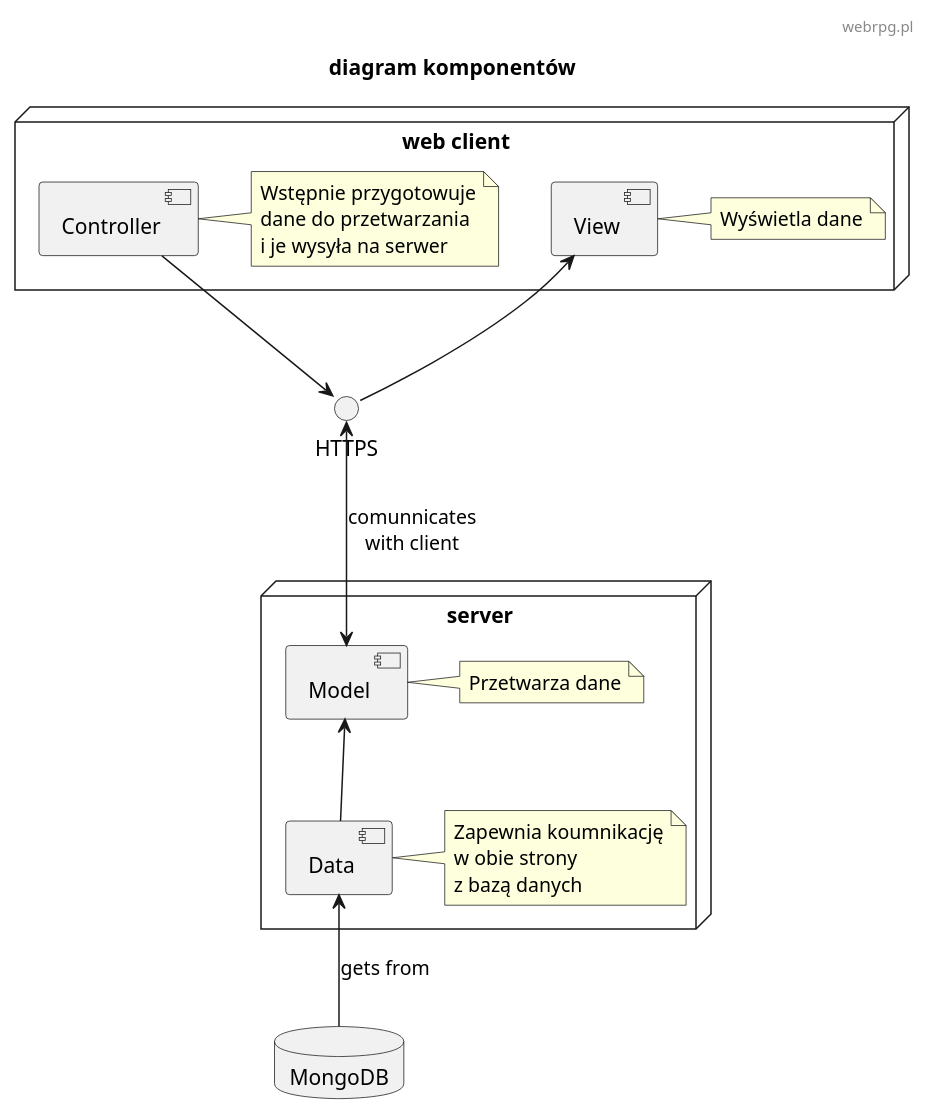
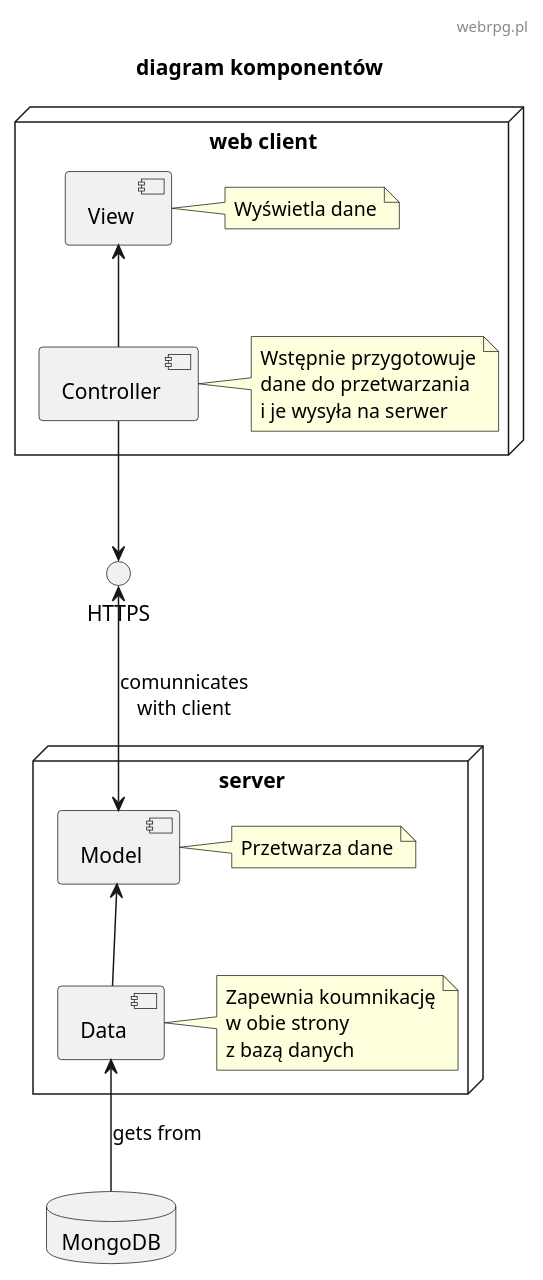
Before and after one commit to TheVivent-Politechnika-Lodzka/io_webrpg: the diagram in diagrams/diagram_komponentów.plantuml, drawn with PlantUML.

Commit message:
jakieś coś

```diff
--- a/diagrams/diagram_komponentów.plantuml
+++ b/diagrams/diagram_komponentów.plantuml
@@ -1,41 +1,42 @@
 @startuml
 header webrpg.pl
 title "diagram komponentów"
 'left to right direction
 
 interface HTTPS
 
 node "web client" {
-    [View] <-- HTTPS
+    '[View] <-- HTTPS
+    [View] <-- [Controller] 
     [Controller] --> HTTPS
     
     note right of [Controller]
         Wstępnie przygotowuje
         dane do przetwarzania
         i je wysyła na serwer
     end note
     note right of [View]
         Wyświetla dane
     end note
 
 
 }
 
 node "server" {
     HTTPS <--> [Model]: "comunnicates\nwith client"
     [Model] <-- [Data]
     note right of [Data]
         Zapewnia koumnikację
         w obie strony
         z bazą danych
     end note
 
     note right of [Model]
         Przetwarza dane
     end note
 }
 
 database "MongoDB"
 [Data] <-- MongoDB: "gets from"
 
 @enduml
```
